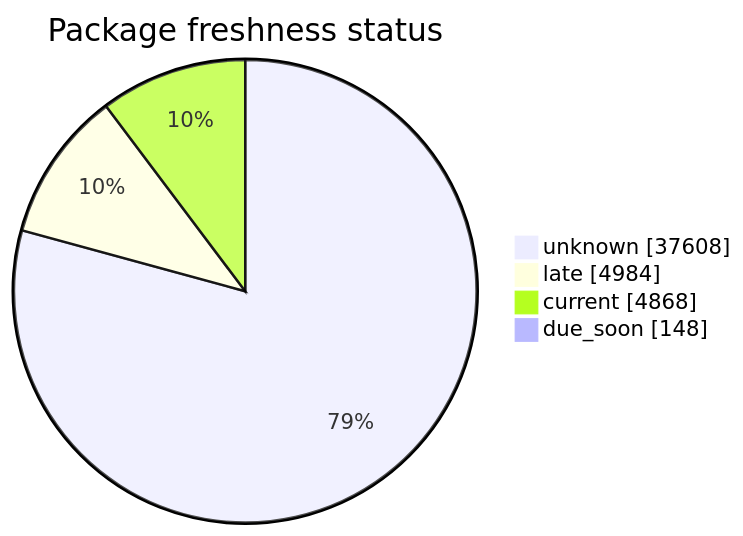
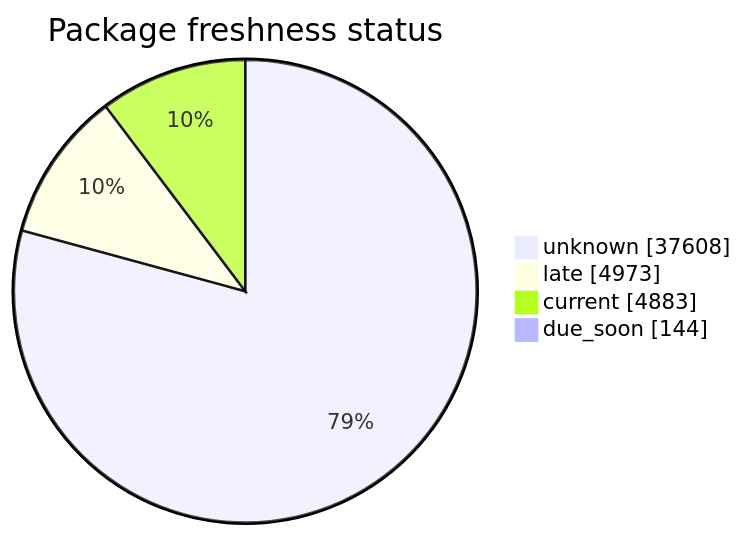
Before and after one commit to open-data/analytics-corporate-reporting: the second of 5 diagrams in FreshCheck/README.md, drawn with Mermaid. The commit also changed other lines of this file and 3 other files, not shown here.

````diff
--- a/FreshCheck/README.md
+++ b/FreshCheck/README.md
@@ -68,7 +68,7 @@
 ```mermaid
 pie showData title Package freshness status
     "unknown": 37608
-    "late": 4984
-    "current": 4868
-    "due_soon": 148
+    "late": 4973
+    "current": 4883
+    "due_soon": 144
 ```
````
